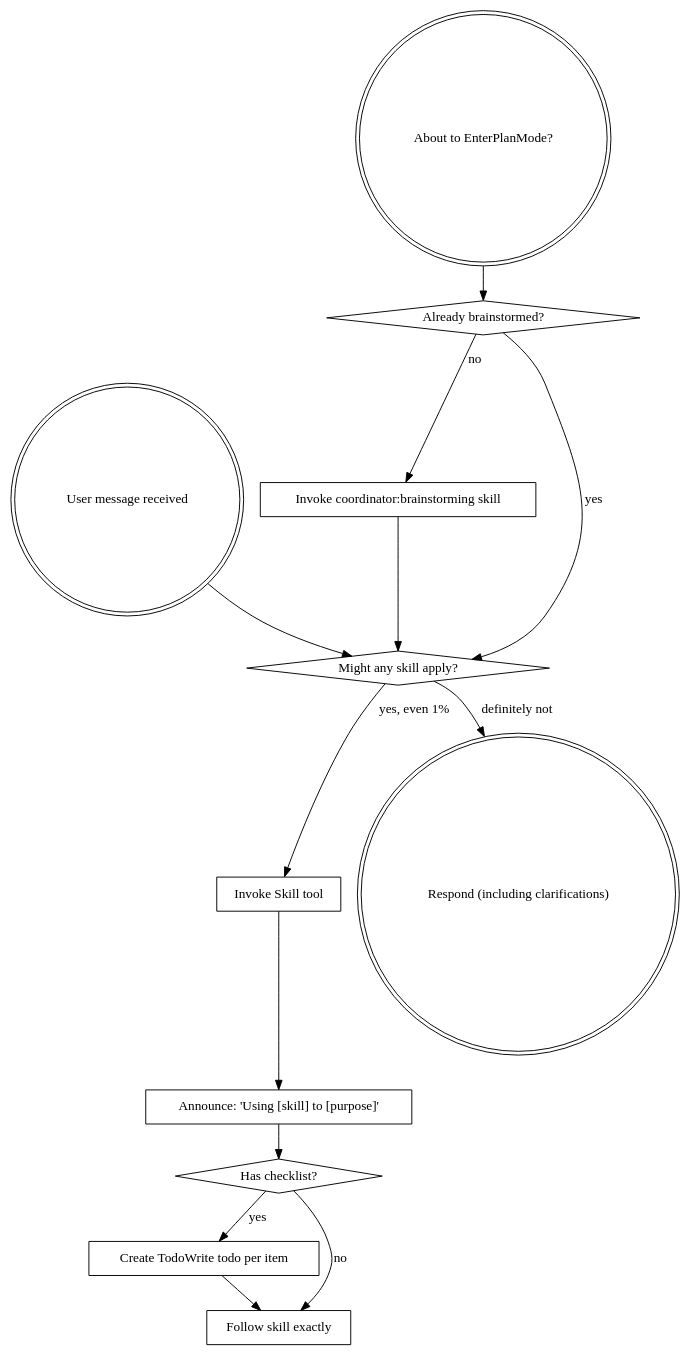
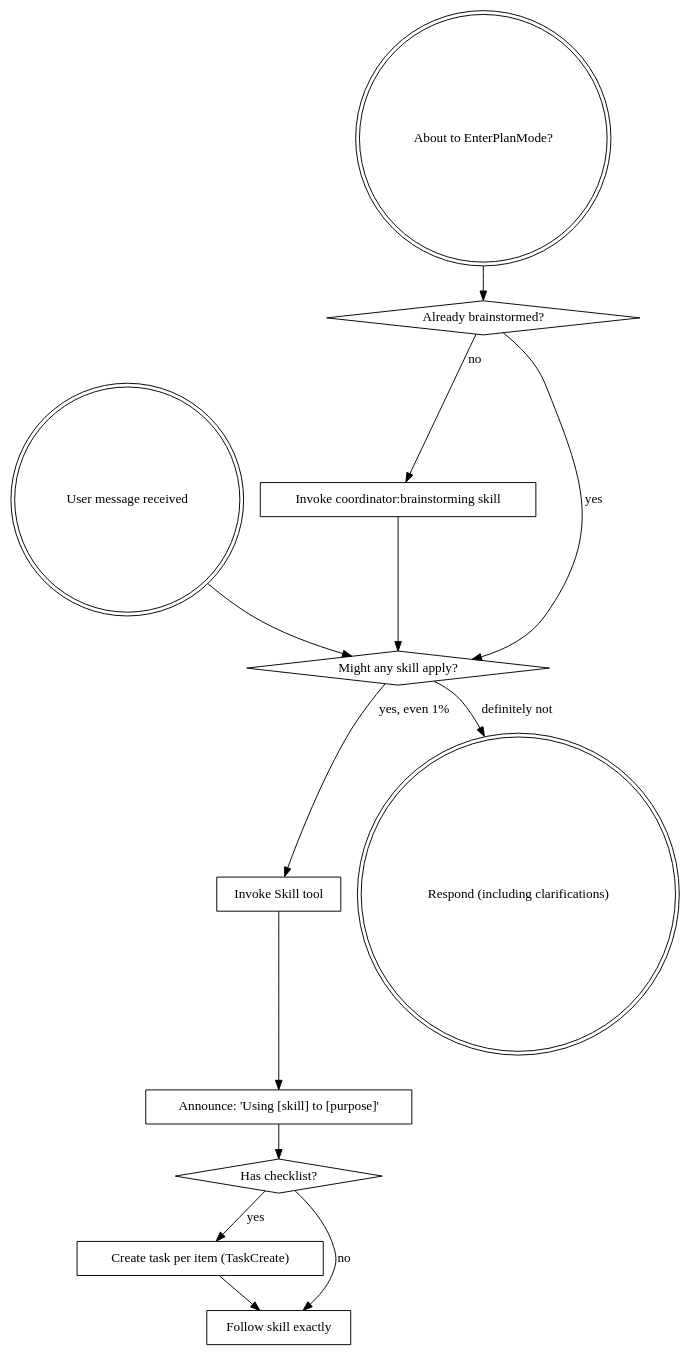
The diagram in plugins/coordinator/skills/skill-discovery/SKILL.md (oduffy-delphi/coordinator-claude), drawn with Graphviz before and after one commit. The commit also changed 12 other files, not shown here.

First line of the commit message:
migrate flight recorder from TodoWrite to Tasks API

````diff
--- a/plugins/coordinator/skills/skill-discovery/SKILL.md
+++ b/plugins/coordinator/skills/skill-discovery/SKILL.md
@@ -40,29 +40,29 @@
 ```dot
 digraph skill_flow {
     "User message received" [shape=doublecircle];
     "About to EnterPlanMode?" [shape=doublecircle];
     "Already brainstormed?" [shape=diamond];
     "Invoke coordinator:brainstorming skill" [shape=box];
     "Might any skill apply?" [shape=diamond];
     "Invoke Skill tool" [shape=box];
     "Announce: 'Using [skill] to [purpose]'" [shape=box];
     "Has checklist?" [shape=diamond];
-    "Create TodoWrite todo per item" [shape=box];
+    "Create task per item (TaskCreate)" [shape=box];
     "Follow skill exactly" [shape=box];
     "Respond (including clarifications)" [shape=doublecircle];
 
     "About to EnterPlanMode?" -> "Already brainstormed?";
     "Already brainstormed?" -> "Invoke coordinator:brainstorming skill" [label="no"];
     "Already brainstormed?" -> "Might any skill apply?" [label="yes"];
     "Invoke coordinator:brainstorming skill" -> "Might any skill apply?";
 
     "User message received" -> "Might any skill apply?";
     "Might any skill apply?" -> "Invoke Skill tool" [label="yes, even 1%"];
     "Might any skill apply?" -> "Respond (including clarifications)" [label="definitely not"];
     "Invoke Skill tool" -> "Announce: 'Using [skill] to [purpose]'";
     "Announce: 'Using [skill] to [purpose]'" -> "Has checklist?";
-    "Has checklist?" -> "Create TodoWrite todo per item" [label="yes"];
+    "Has checklist?" -> "Create task per item (TaskCreate)" [label="yes"];
     "Has checklist?" -> "Follow skill exactly" [label="no"];
-    "Create TodoWrite todo per item" -> "Follow skill exactly";
+    "Create task per item (TaskCreate)" -> "Follow skill exactly";
 }
 ```
````
